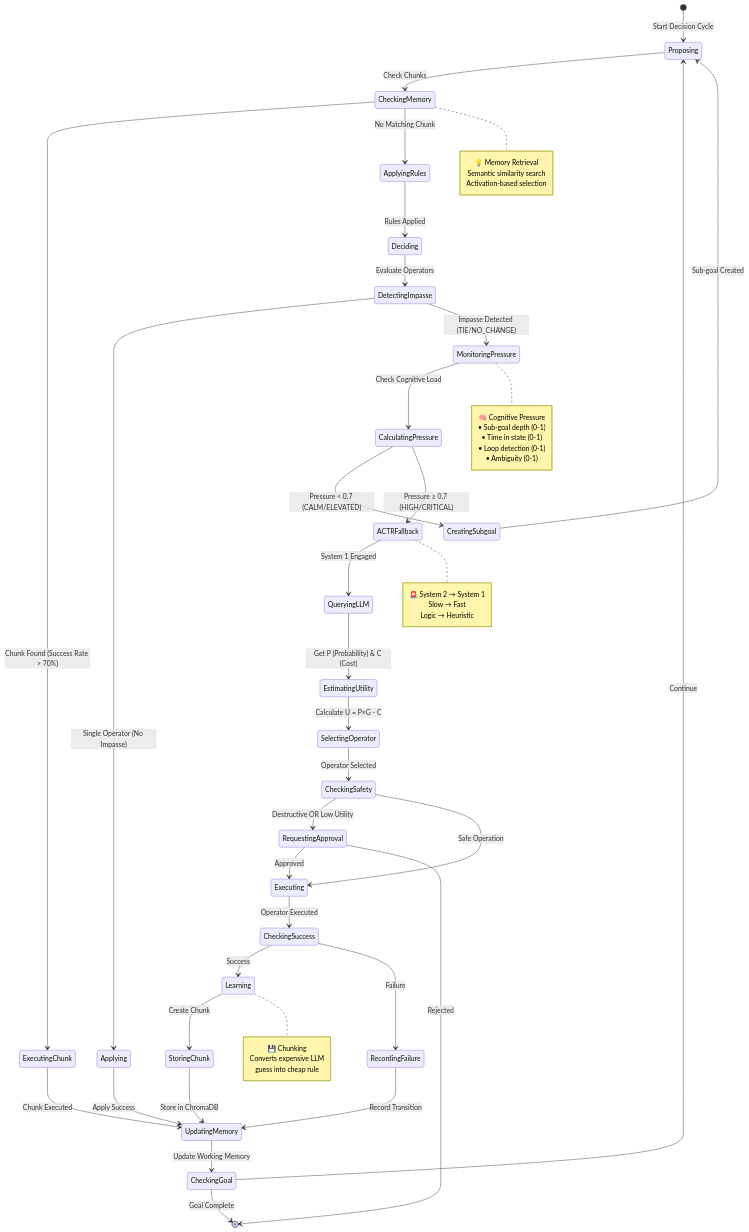
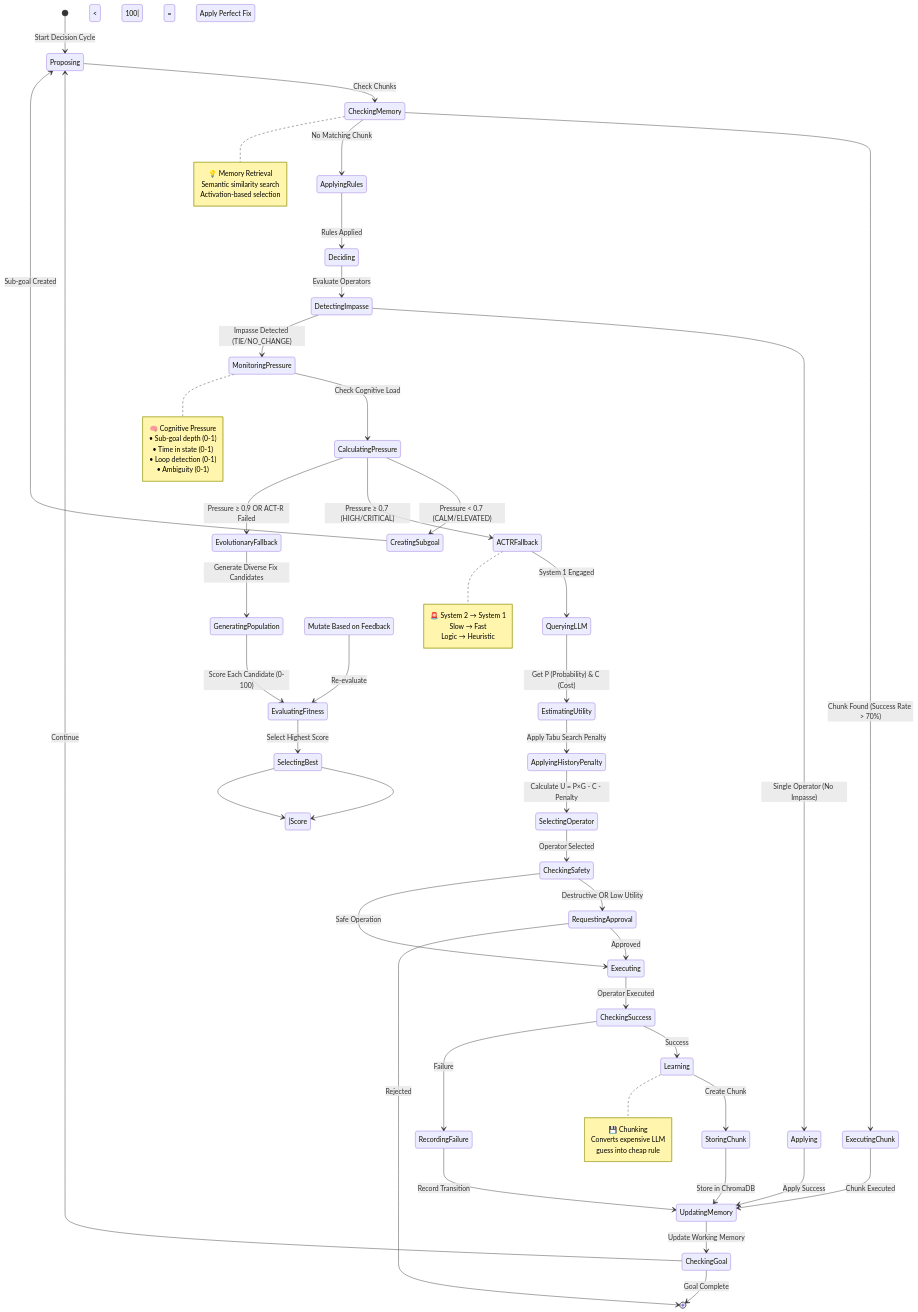
Before and after one commit to yogthos/cognitive-hydraulics: the second of 3 diagrams in README.md, drawn with Mermaid. The commit also changed other lines of this file and 5 other files, not shown here.

```diff
--- a/README.md
+++ b/README.md
@@ -306,12 +334,21 @@
 
     CalculatingPressure --> CreatingSubgoal: Pressure < 0.7 (CALM/ELEVATED)
     CalculatingPressure --> ACTRFallback: Pressure ≥ 0.7 (HIGH/CRITICAL)
+    CalculatingPressure --> EvolutionaryFallback: Pressure ≥ 0.9 OR ACT-R Failed
 
     CreatingSubgoal --> Proposing: Sub-goal Created
 
     ACTRFallback --> QueryingLLM: System 1 Engaged
     QueryingLLM --> EstimatingUtility: Get P (Probability) & C (Cost)
-    EstimatingUtility --> SelectingOperator: Calculate U = P×G - C
+    EstimatingUtility --> ApplyingHistoryPenalty: Apply Tabu Search Penalty
+    ApplyingHistoryPenalty --> SelectingOperator: Calculate U = P×G - C - Penalty
+
+    EvolutionaryFallback --> GeneratingPopulation: Generate Diverse Fix Candidates
+    GeneratingPopulation --> EvaluatingFitness: Score Each Candidate (0-100)
+    EvaluatingFitness --> SelectingBest: Select Highest Score
+    SelectingBest -->|Score < 100| MutatingCandidate: Mutate Based on Feedback
+    MutatingCandidate --> EvaluatingFitness: Re-evaluate
+    SelectingBest -->|Score = 100| ApplyingFix: Apply Perfect Fix
 
     SelectingOperator --> CheckingSafety: Operator Selected
 
```
